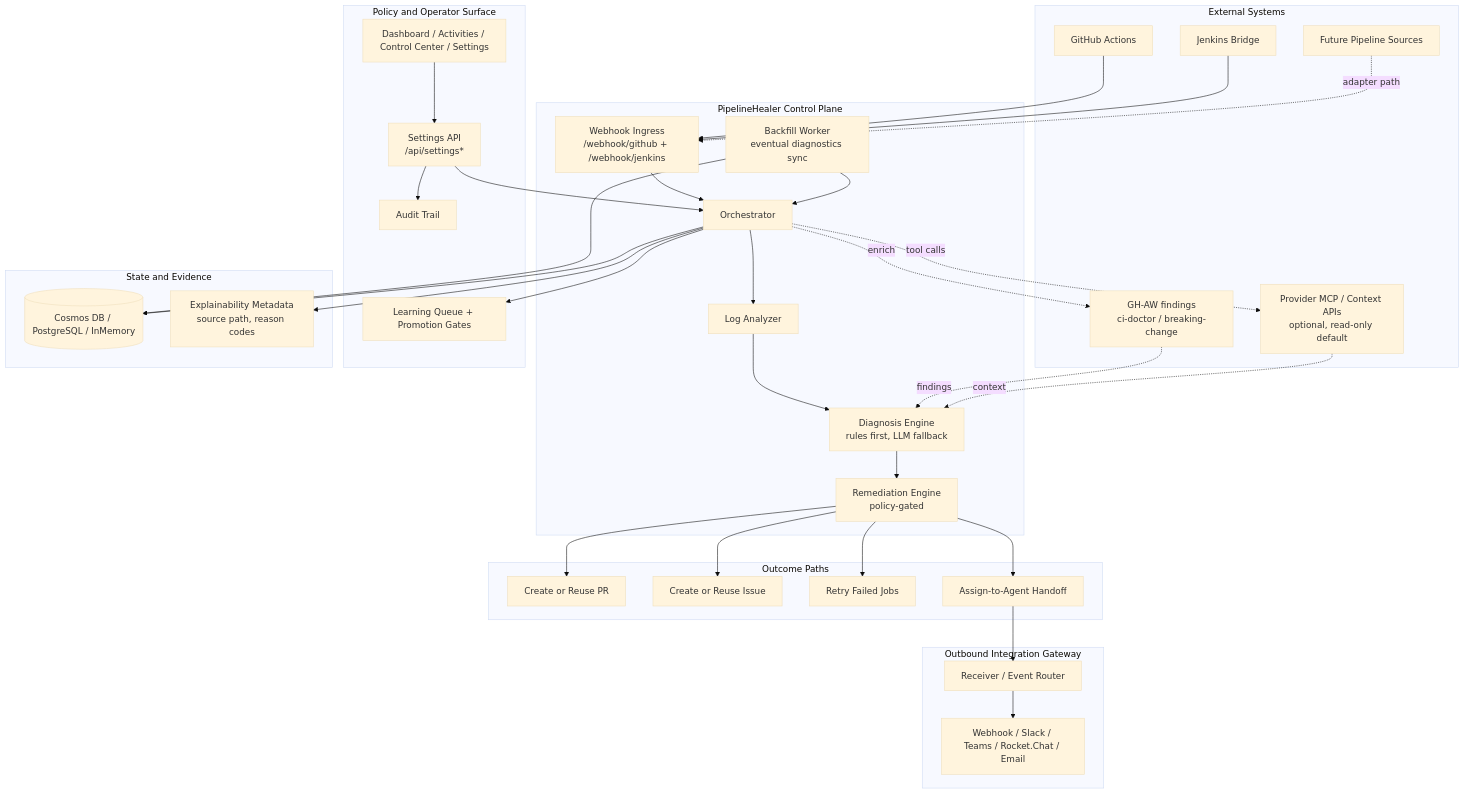
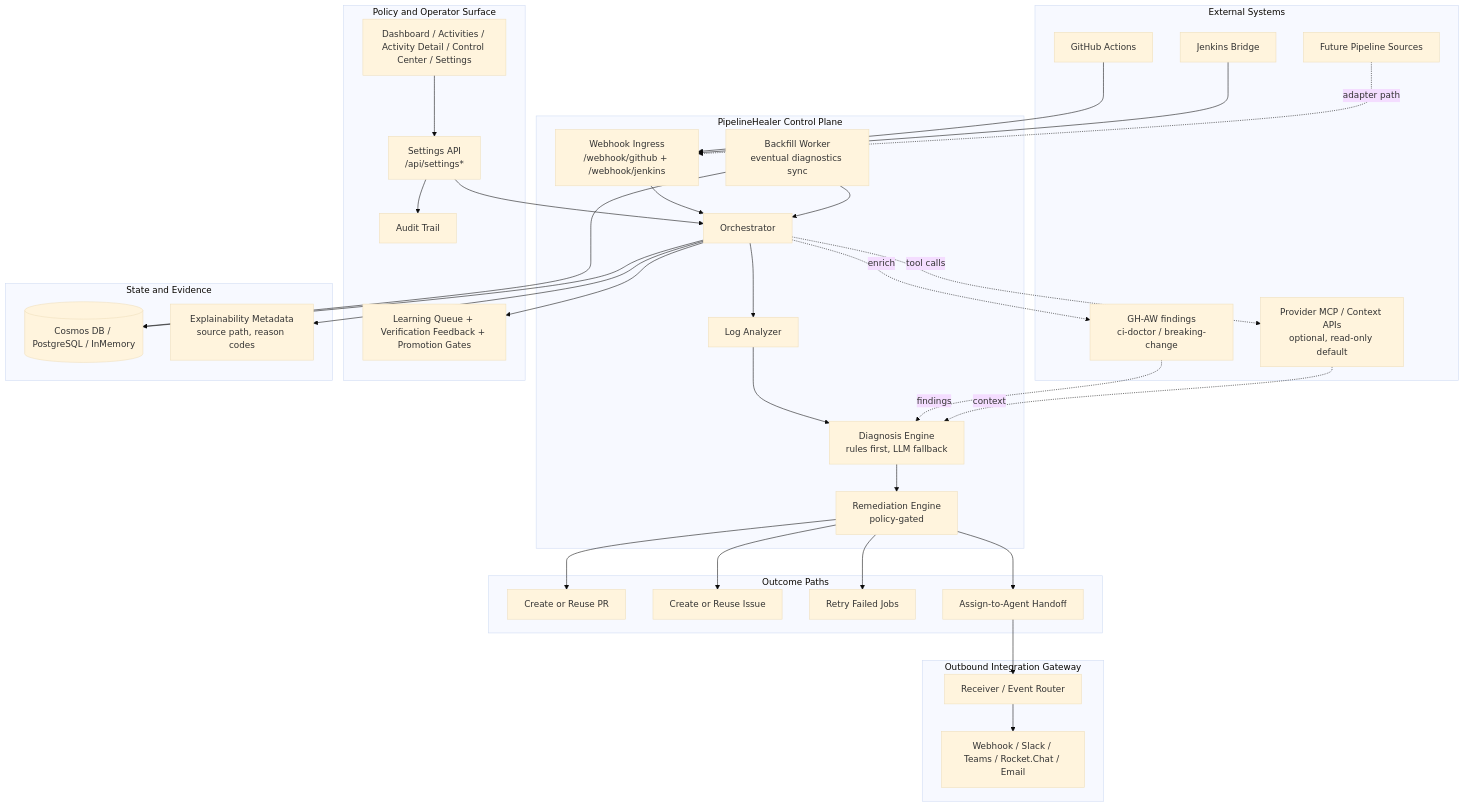
One commit to Canepro/pipelinehealer changed the first of 2 diagrams in README.md. Above: the diagram before and after it, drawn with Mermaid (base theme). The commit also changed 4 other files, not shown here.

Commit message:
Refresh architecture diagrams

````diff
--- a/README.md
+++ b/README.md
@@ -292,66 +292,66 @@
 ```mermaid
 flowchart TB
   subgraph EXT["External Systems"]
     GH["GitHub Actions"]
     JN["Jenkins Bridge"]
     GHAW["GH-AW findings<br/>ci-doctor / breaking-change"]
     MCP["Provider MCP / Context APIs<br/>optional, read-only default"]
     OTH["Future Pipeline Sources"]
   end
 
   subgraph CTRL["PipelineHealer Control Plane"]
     WH["Webhook Ingress<br/>/webhook/github + /webhook/jenkins"]
     ORCH["Orchestrator"]
     ANA["Log Analyzer"]
     DIA["Diagnosis Engine<br/>rules first, LLM fallback"]
     REM["Remediation Engine<br/>policy-gated"]
     BF["Backfill Worker<br/>eventual diagnostics sync"]
   end
 
   subgraph GOV["Policy and Operator Surface"]
-    UI["Dashboard / Activities / Control Center / Settings"]
+    UI["Dashboard / Activities / Activity Detail / Control Center / Settings"]
     API["Settings API<br/>/api/settings*"]
     AUD["Audit Trail"]
-    LRN["Learning Queue + Promotion Gates"]
+    LRN["Learning Queue + Verification Feedback + Promotion Gates"]
   end
 
   subgraph DATA["State and Evidence"]
     DB[("Cosmos DB / PostgreSQL / InMemory")]
     EXP["Explainability Metadata<br/>source path, reason codes"]
   end
 
   subgraph OUT["Outcome Paths"]
     PR["Create or Reuse PR"]
     IS["Create or Reuse Issue"]
     RR["Retry Failed Jobs"]
     HO["Assign-to-Agent Handoff"]
   end
 
   subgraph GATE["Outbound Integration Gateway"]
     RECV["Receiver / Event Router"]
     SINK["Webhook / Slack / Teams / Rocket.Chat / Email"]
   end
 
   GH --> WH --> ORCH
   JN --> WH
   OTH -. adapter path .-> WH
   ORCH --> ANA --> DIA --> REM
   REM --> PR
   REM --> IS
   REM --> RR
   REM --> HO
   HO --> RECV --> SINK
 
   ORCH -. enrich .-> GHAW
   GHAW -. findings .-> DIA
   ORCH -. tool calls .-> MCP
   MCP -. context .-> DIA
 
   UI --> API --> ORCH
   API --> AUD
   ORCH --> LRN
   BF --> ORCH
   BF --> DB
   ORCH --> DB
   ORCH --> EXP
 ```
````
